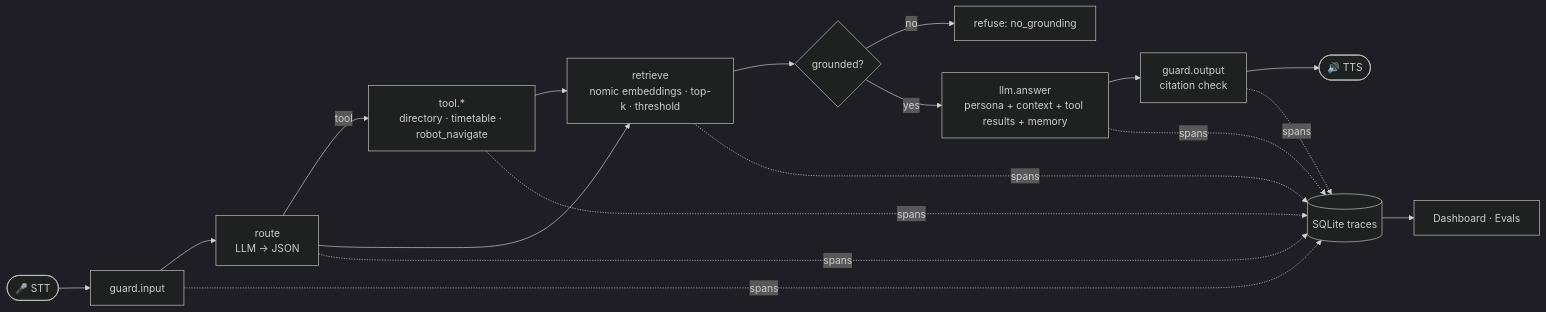
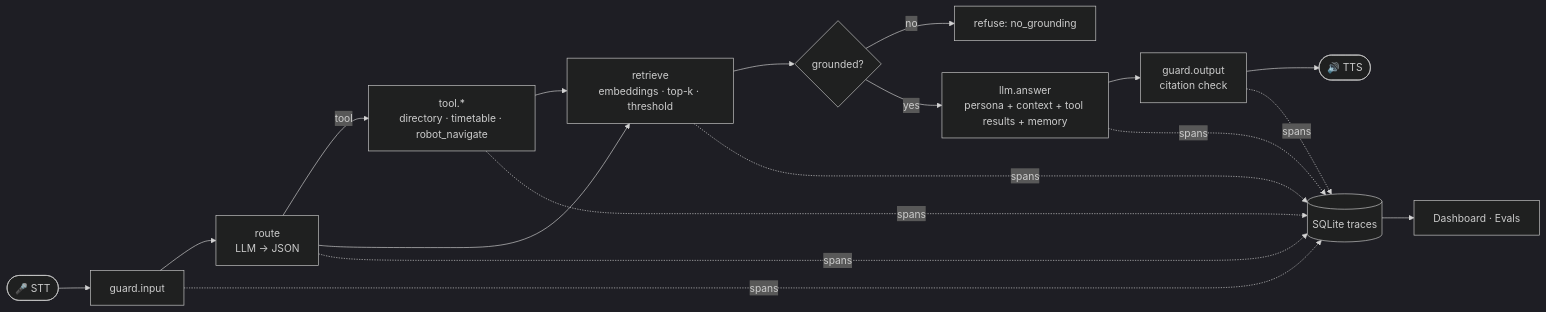
One commit to Apex1s/ari-observable-agent changed the diagram in README.md. Above: the diagram before and after it, drawn with Mermaid (dark theme). The commit also changed other lines of this file and 1 other file, not shown here.

````diff
--- a/README.md
+++ b/README.md
@@ -30,14 +30,14 @@
 ```mermaid
 flowchart LR
     mic([🎤 STT]) --> G1[guard.input]
     G1 --> R[route<br/>LLM → JSON]
     R -->|tool| T[tool.*<br/>directory · timetable · robot_navigate]
-    R --> RET[retrieve<br/>nomic embeddings · top-k · threshold]
+    R --> RET[retrieve<br/>embeddings · top-k · threshold]
     T --> RET
     RET --> S{grounded?}
     S -->|no| REF[refuse: no_grounding]
     S -->|yes| L[llm.answer<br/>persona + context + tool results + memory]
     L --> G2[guard.output<br/>citation check]
     G2 --> spk([🔊 TTS])
     G1 & R & T & RET & L & G2 -.spans.-> DB[(SQLite traces)] --> D[Dashboard · Evals]
 ```
````
